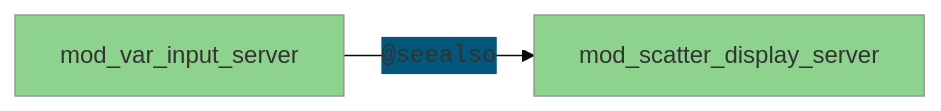
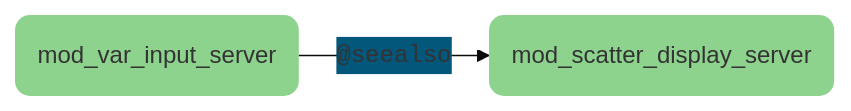
The fourth of 5 diagrams in document.qmd (mjfrigaard/shiny-app-pkgs), drawn with Mermaid before and after one commit. The commit also changed other lines of this file and 196 other files, not shown here.

````diff
--- a/document.qmd
+++ b/document.qmd
@@ -668,8 +671,11 @@
 ```{mermaid}
 %%| fig-width: 6.5
 %%| fig-align: center
 %%| fig-cap: '`seealso` connecting documentation'
-%%{init: {'theme': 'base', 'themeVariables': { 'fontFamily': 'Inconsolata', 'primaryColor': '#8dd38d', 'edgeLabelBackground':'#02577A'}}}%%
+%%{init: {'theme': 'base', 'themeVariables': { 'fontFamily': 'Inconsolata', 'primaryColor': '#33a02c', 'edgeLabelBackground':'#02577A'}}}%%
 flowchart LR
-    mod_var_input_server["mod_var_input_server"] -->|"<code>@seealso</code>"| mod_scatter_display_server["mod_scatter_display_server"]
+    mod_var_input_server("mod_var_input_server") -->|"<code>@seealso</code>"| mod_scatter_display_server("mod_scatter_display_server")
+    
+  style mod_var_input_server fill:#8dd38d,stroke:none,rx:10,ry:10;
+  style mod_scatter_display_server fill:#8dd38d,stroke:none,rx:10,ry:10;
 ```
````
